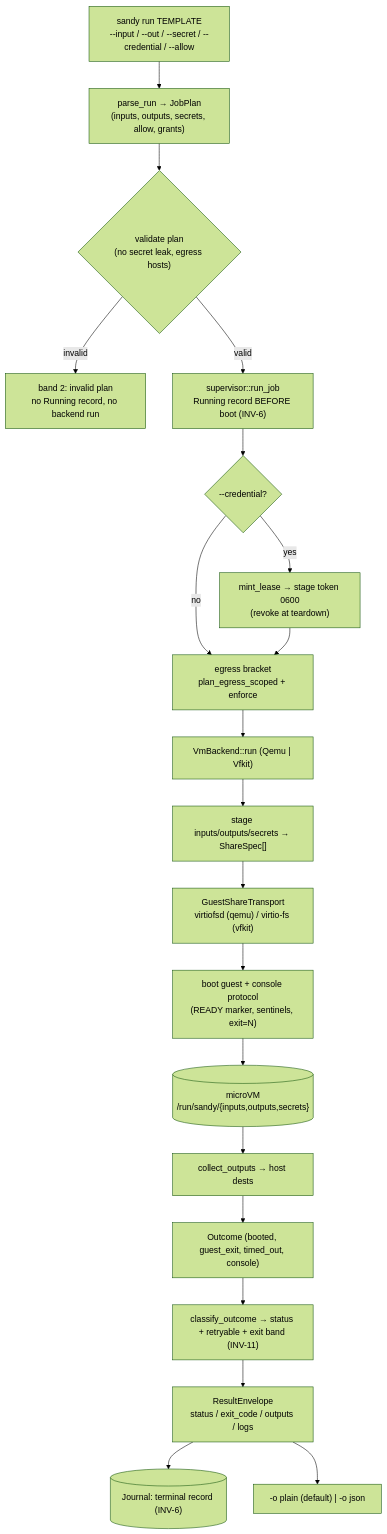
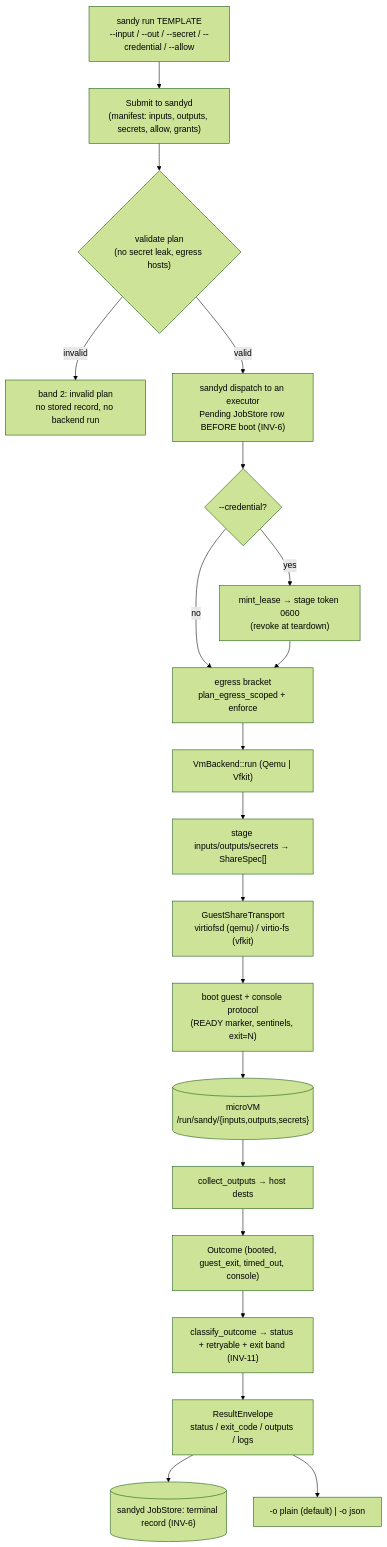
Before and after one commit to kauki-labs/sandy: the first of 3 diagrams in docs/architecture/overview.md, drawn with Mermaid (forest theme). The commit also changed other lines of this file and 66 other files, not shown here.

````diff
--- a/docs/architecture/overview.md
+++ b/docs/architecture/overview.md
@@ -26,23 +27,23 @@
 ```mermaid
 flowchart TD
   cli["sandy run TEMPLATE<br/>--input / --out / --secret / --credential / --allow"]
-  cli --> plan["parse_run → JobPlan<br/>(inputs, outputs, secrets, allow, grants)"]
+  cli --> plan["Submit to sandyd<br/>(manifest: inputs, outputs, secrets, allow, grants)"]
   plan --> validate{"validate plan<br/>(no secret leak, egress hosts)"}
-  validate -- invalid --> band2["band 2: invalid plan<br/>no Running record, no backend run"]
-  validate -- valid --> sup["supervisor::run_job<br/>Running record BEFORE boot (INV-6)"]
+  validate -- invalid --> band2["band 2: invalid plan<br/>no stored record, no backend run"]
+  validate -- valid --> sup["sandyd dispatch to an executor<br/>Pending JobStore row BEFORE boot (INV-6)"]
   sup --> cred{"--credential?"}
   cred -- yes --> mint["mint_lease → stage token 0600<br/>(revoke at teardown)"]
   cred -- no --> egress
   mint --> egress["egress bracket<br/>plan_egress_scoped + enforce"]
   egress --> run["VmBackend::run (Qemu | Vfkit)"]
   run --> stage["stage inputs/outputs/secrets → ShareSpec[]"]
   stage --> xport["GuestShareTransport<br/>virtiofsd (qemu) / virtio-fs (vfkit)"]
   xport --> boot["boot guest + console protocol<br/>(READY marker, sentinels, exit=N)"]
   boot --> guest[("microVM<br/>/run/sandy/{inputs,outputs,secrets}")]
   guest --> collect["collect_outputs → host dests"]
   collect --> outcome["Outcome (booted, guest_exit, timed_out, console)"]
   outcome --> classify["classify_outcome → status + retryable + exit band (INV-11)"]
   classify --> env["ResultEnvelope<br/>status / exit_code / outputs / logs"]
-  env --> journal[("Journal: terminal record (INV-6)")]
+  env --> store[("sandyd JobStore: terminal record (INV-6)")]
   env --> render["-o plain (default) | -o json"]
 ```
````
